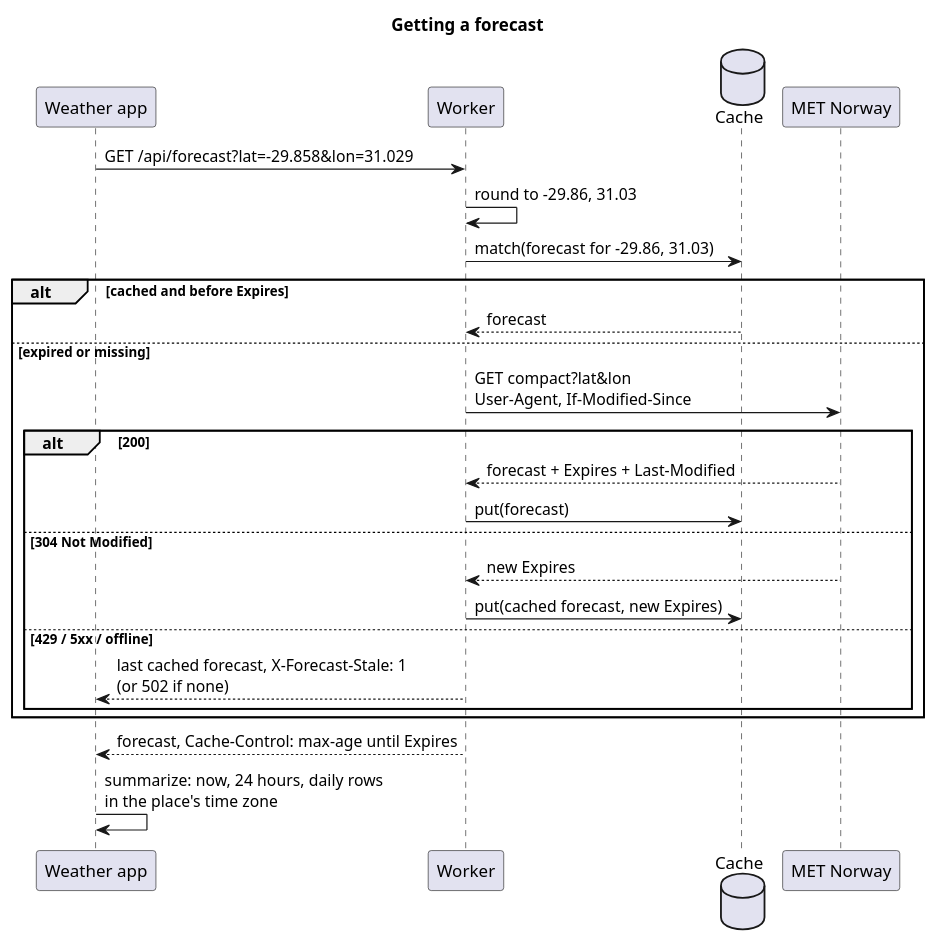
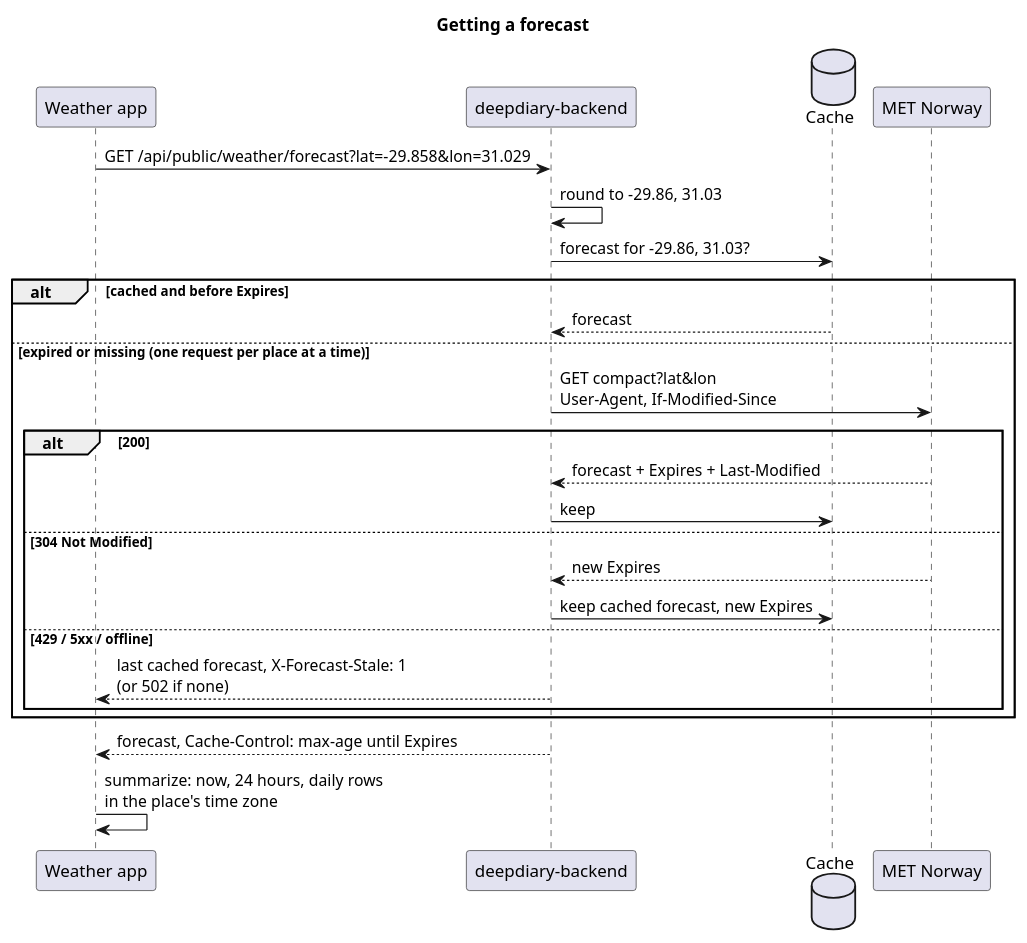
Before and after one commit to Nkosie199/WeatherApp: the second of 2 diagrams in README.md, drawn with PlantUML. The commit also changed other lines of this file and 18 other files, not shown here.

First line of the commit message:
Forecasts from deepdiary-backend; host on Amplify like the other apps

````diff
--- a/README.md
+++ b/README.md
@@ -62,29 +65,29 @@
 ```plantuml
 @startuml
 title Getting a forecast
 participant "Weather app" as App
-participant "Worker" as W
+participant "deepdiary-backend" as API
 database "Cache" as C
 participant "MET Norway" as MET
 
-App -> W : GET /api/forecast?lat=-29.858&lon=31.029
-W -> W : round to -29.86, 31.03
-W -> C : match(forecast for -29.86, 31.03)
+App -> API : GET /api/public/weather/forecast?lat=-29.858&lon=31.029
+API -> API : round to -29.86, 31.03
+API -> C : forecast for -29.86, 31.03?
 alt cached and before Expires
-  C --> W : forecast
-else expired or missing
-  W -> MET : GET compact?lat&lon\nUser-Agent, If-Modified-Since
+  C --> API : forecast
+else expired or missing (one request per place at a time)
+  API -> MET : GET compact?lat&lon\nUser-Agent, If-Modified-Since
   alt 200
-    MET --> W : forecast + Expires + Last-Modified
-    W -> C : put(forecast)
+    MET --> API : forecast + Expires + Last-Modified
+    API -> C : keep
   else 304 Not Modified
-    MET --> W : new Expires
-    W -> C : put(cached forecast, new Expires)
+    MET --> API : new Expires
+    API -> C : keep cached forecast, new Expires
   else 429 / 5xx / offline
-    W --> App : last cached forecast, X-Forecast-Stale: 1\n(or 502 if none)
+    API --> App : last cached forecast, X-Forecast-Stale: 1\n(or 502 if none)
   end
 end
-W --> App : forecast, Cache-Control: max-age until Expires
+API --> App : forecast, Cache-Control: max-age until Expires
 App -> App : summarize: now, 24 hours, daily rows\nin the place's time zone
 @enduml
 ```
````
